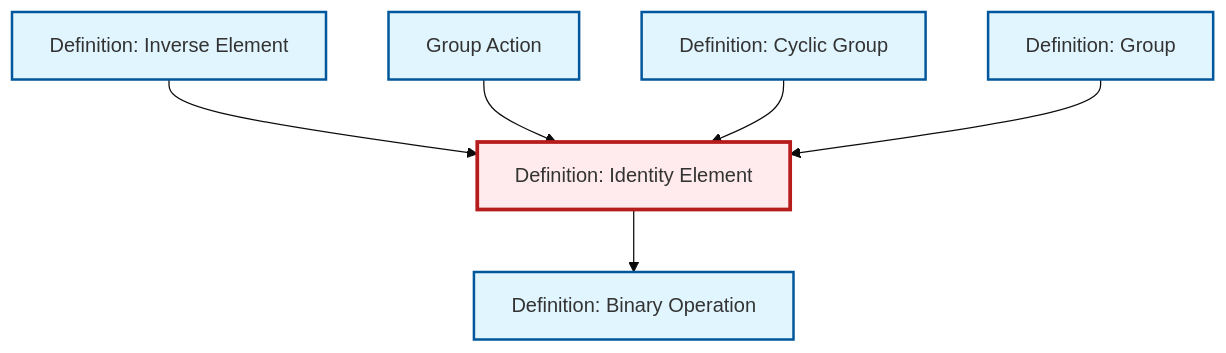
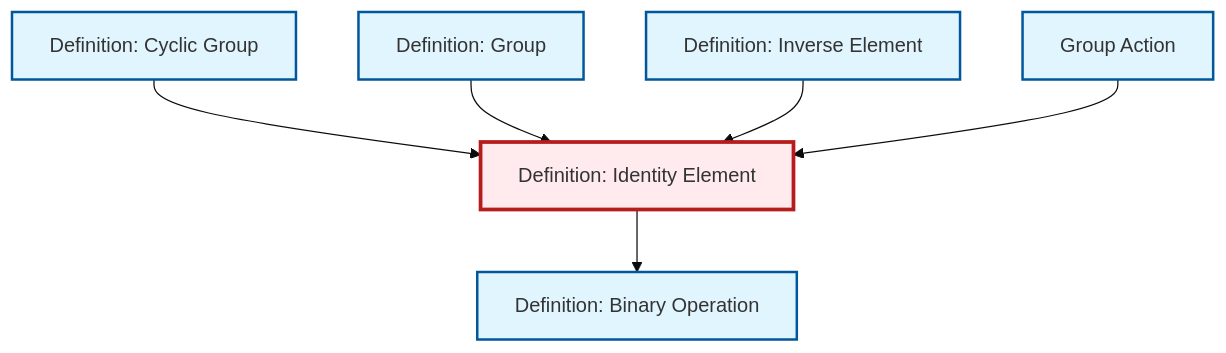
Before and after one commit to RK0429/ModernMath: the diagram in content/ja/algebra/def-identity-element.qmd, drawn with Mermaid (base theme). The commit also changed other lines of this file and 615 other files, not shown here.

````diff
--- a/content/ja/algebra/def-identity-element.qmd
+++ b/content/ja/algebra/def-identity-element.qmd
@@ -81,26 +81,26 @@
 ```{mermaid}
 %%| fig-cap: "Local dependency graph"
 graph TD
     classDef definition fill:#e1f5fe,stroke:#01579b,stroke-width:2px
     classDef theorem fill:#f3e5f5,stroke:#4a148c,stroke-width:2px
     classDef axiom fill:#fff3e0,stroke:#e65100,stroke-width:2px
     classDef example fill:#e8f5e9,stroke:#1b5e20,stroke-width:2px
     classDef current fill:#ffebee,stroke:#b71c1c,stroke-width:3px
-    def-inverse-element["Definition: Inverse Element"]:::definition
+    def-group-action["Group Action"]:::definition
+    def-group["Definition: Group"]:::definition
     def-cyclic-group["Definition: Cyclic Group"]:::definition
     def-identity-element["Definition: Identity Element"]:::definition
-    def-group-action["Group Action"]:::definition
-    def-group["Definition: Group"]:::definition
     def-binary-operation["Definition: Binary Operation"]:::definition
+    def-inverse-element["Definition: Inverse Element"]:::definition
+    def-cyclic-group --> def-identity-element
+    def-group --> def-identity-element
     def-inverse-element --> def-identity-element
     def-group-action --> def-identity-element
-    def-cyclic-group --> def-identity-element
     def-identity-element --> def-binary-operation
-    def-group --> def-identity-element
     class def-identity-element current
-    click def-inverse-element "def-inverse-element.html" "Definition: Inverse Elementへ"
-    click def-cyclic-group "def-cyclic-group.html" "Definition: Cyclic Groupへ"
     click def-group-action "def-group-action.html" "Group Actionへ"
     click def-group "def-group.html" "Definition: Groupへ"
+    click def-cyclic-group "def-cyclic-group.html" "Definition: Cyclic Groupへ"
     click def-binary-operation "def-binary-operation.html" "Definition: Binary Operationへ"
+    click def-inverse-element "def-inverse-element.html" "Definition: Inverse Elementへ"
 ```
````
